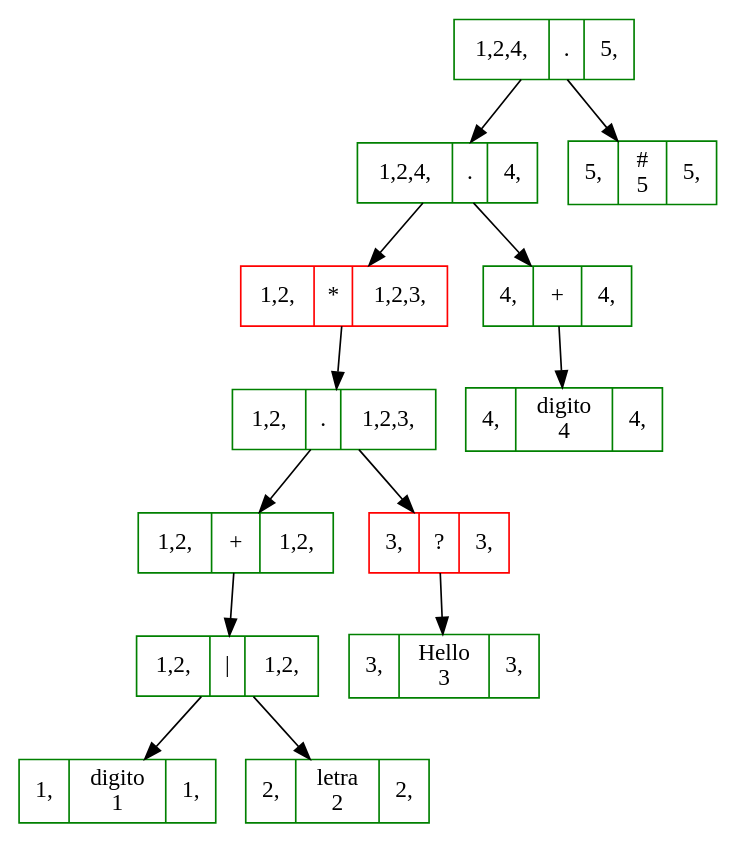
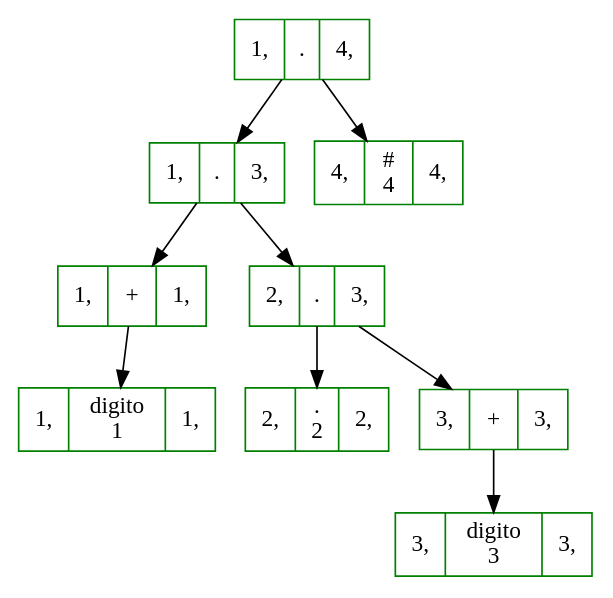
One commit to diegomazariegos2002/OLC1-P1-202003975 changed the diagram in OLC1-P1-202003975/decimal_Arbol.dot. Above: the diagram before and after it, drawn with Graphviz. The commit also changed 66 other files, not shown here.

```diff
--- a/OLC1-P1-202003975/decimal_Arbol.dot
+++ b/OLC1-P1-202003975/decimal_Arbol.dot
@@ -1,53 +1,37 @@
 digraph structs { 
 node[shape = box]; 
 node[shape = box, color = green]; 
-Nodo1306854175[shape=record, label = "<f0> 1,2,4, | <f1>. | <f2> 5,"];
+Nodo238597125[shape=record, label = "<f0> 1, | <f1>. | <f2> 4,"];
 node[shape = box, color = green]; 
-Nodo1088872417[shape=record, label = "<f0> 1,2,4, | <f1>. | <f2> 4,"];
-node[shape = box, color = red]; 
-Nodo453523494[shape=record, label = "<f0> 1,2, | <f1>* | <f2> 1,2,3,"];
+Nodo229874856[shape=record, label = "<f0> 1, | <f1>. | <f2> 3,"];
 node[shape = box, color = green]; 
-Nodo274722023[shape=record, label = "<f0> 1,2, | <f1>. | <f2> 1,2,3,"];
+Nodo1774137740[shape=record, label = "<f0> 1, | <f1>+ | <f2> 1,"];
 node[shape = box, color = green]; 
-Nodo1052967153[shape=record, label = "<f0> 1,2, | <f1>+ | <f2> 1,2,"];
+Nodo1210284157[shape=record, label = "<f0> 1, | <f1>digito\n1 | <f2> 1,"];
 node[shape = box, color = green]; 
-Nodo1210898719[shape=record, label = "<f0> 1,2, | <f1>\| | <f2> 1,2,"];
+Nodo1882262168[shape=record, label = "<f0> 2, | <f1>. | <f2> 3,"];
 node[shape = box, color = green]; 
-Nodo306123060[shape=record, label = "<f0> 1, | <f1>digito\n1 | <f2> 1,"];
+Nodo1643548394[shape=record, label = "<f0> 2, | <f1>.\n2 | <f2> 2,"];
 node[shape = box, color = green]; 
-Nodo2104028992[shape=record, label = "<f0> 2, | <f1>letra\n2 | <f2> 2,"];
-node[shape = box, color = red]; 
-Nodo1527430292[shape=record, label = "<f0> 3, | <f1>? | <f2> 3,"];
+Nodo1901457417[shape=record, label = "<f0> 3, | <f1>+ | <f2> 3,"];
 node[shape = box, color = green]; 
-Nodo1975546571[shape=record, label = "<f0> 3, | <f1>Hello\n3 | <f2> 3,"];
+Nodo585535182[shape=record, label = "<f0> 3, | <f1>digito\n3 | <f2> 3,"];
 node[shape = box, color = green]; 
-Nodo521960438[shape=record, label = "<f0> 4, | <f1>+ | <f2> 4,"];
-node[shape = box, color = green]; 
-Nodo632587706[shape=record, label = "<f0> 4, | <f1>digito\n4 | <f2> 4,"];
-node[shape = box, color = green]; 
-Nodo726950788[shape=record, label = "<f0> 5, | <f1>#\n5 | <f2> 5,"];
+Nodo1518020032[shape=record, label = "<f0> 4, | <f1>#\n4 | <f2> 4,"];
 
-Nodo1306854175 -> Nodo1088872417; 
+Nodo238597125 -> Nodo229874856; 
 
-Nodo1306854175 -> Nodo726950788; 
+Nodo238597125 -> Nodo1518020032; 
 
-Nodo1088872417 -> Nodo453523494; 
+Nodo229874856 -> Nodo1774137740; 
 
-Nodo1088872417 -> Nodo521960438; 
+Nodo229874856 -> Nodo1882262168; 
 
-Nodo453523494 -> Nodo274722023; 
+Nodo1774137740 -> Nodo1210284157; 
 
-Nodo274722023 -> Nodo1052967153; 
+Nodo1882262168 -> Nodo1643548394; 
 
-Nodo274722023 -> Nodo1527430292; 
+Nodo1882262168 -> Nodo1901457417; 
 
-Nodo1052967153 -> Nodo1210898719; 
-
-Nodo1210898719 -> Nodo306123060; 
-
-Nodo1210898719 -> Nodo2104028992; 
-
-Nodo1527430292 -> Nodo1975546571; 
-
-Nodo521960438 -> Nodo632587706; 
+Nodo1901457417 -> Nodo585535182; 
 }
```
